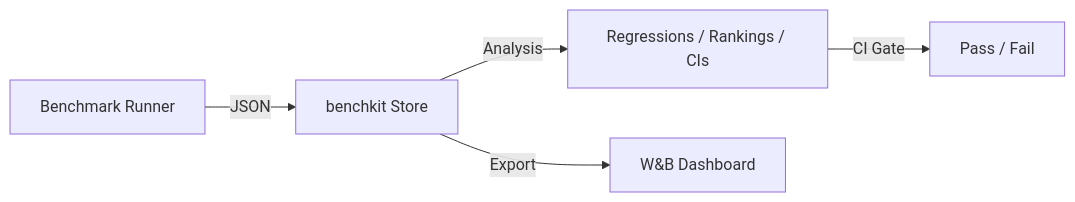
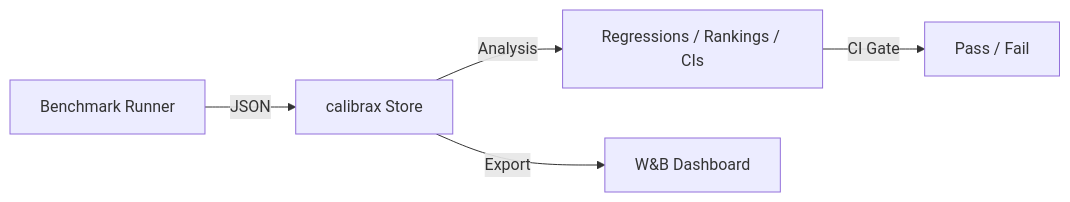
The first of 3 diagrams in docs/benchmarks/dashboard.md (avitai/datarax), drawn with Mermaid before and after one commit. The commit also changed other lines of this file and 223 other files, not shown here.

````diff
--- a/docs/benchmarks/dashboard.md
+++ b/docs/benchmarks/dashboard.md
@@ -5,7 +5,7 @@
 ```mermaid
 graph LR
-    R[Benchmark Runner] -->|JSON| S[benchkit Store]
+    R[Benchmark Runner] -->|JSON| S[calibrax Store]
     S -->|Analysis| A[Regressions / Rankings / CIs]
     S -->|Export| W[W&B Dashboard]
     A -->|CI Gate| G[Pass / Fail]
 ```
````
